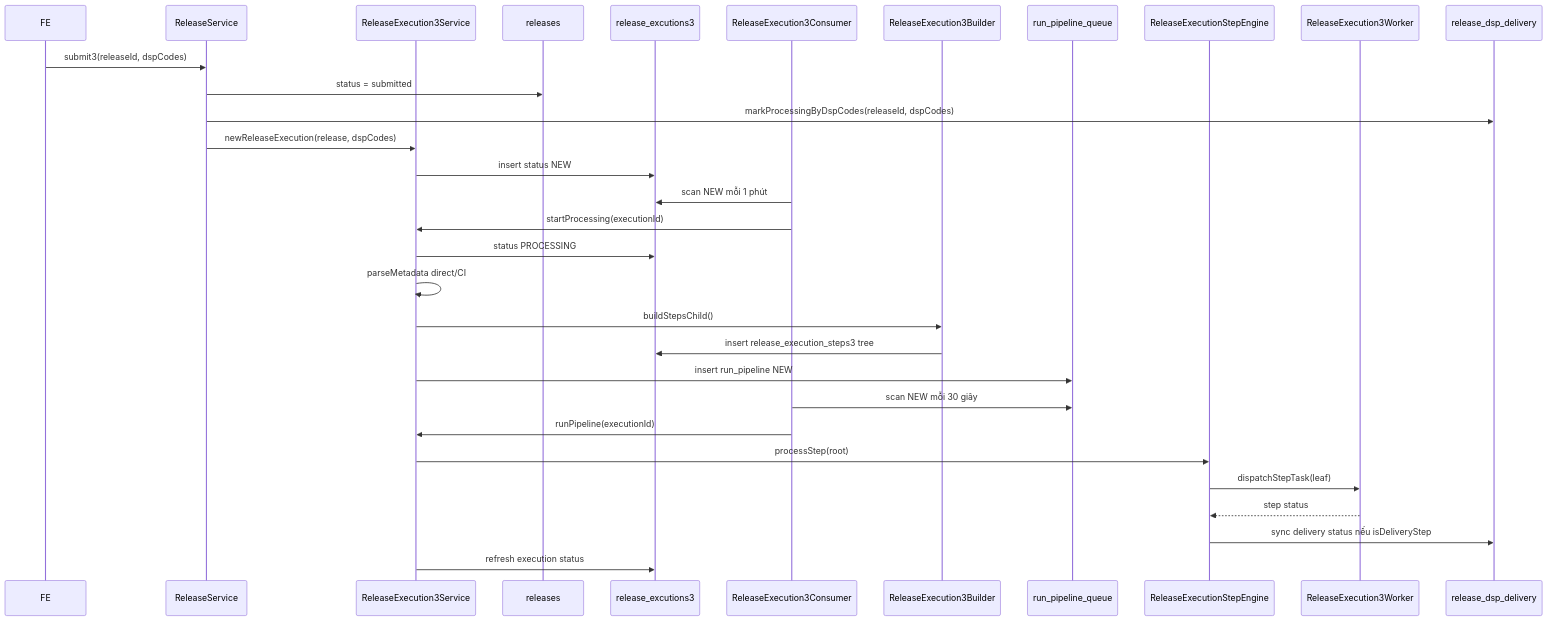
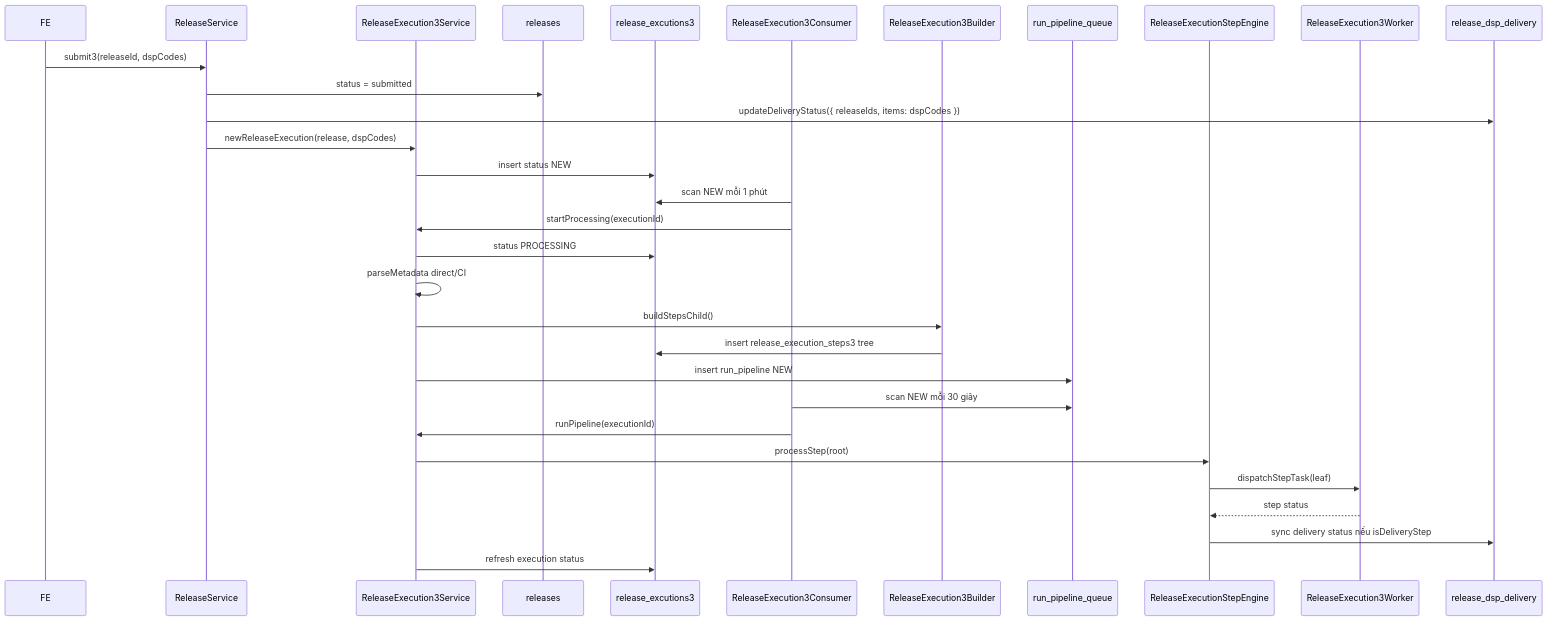
One commit to ant-group-developer/ag-release-server changed the second of 4 diagrams in src/modules/release/modules/release-executions3/release-execution.docs.md. Above: the diagram before and after it, drawn with Mermaid. The commit also changed other lines of this file and 18 other files, not shown here.

````diff
--- a/src/modules/release/modules/release-executions3/release-execution.docs.md
+++ b/src/modules/release/modules/release-executions3/release-execution.docs.md
@@ -75,34 +75,34 @@
 ```mermaid
 sequenceDiagram
   participant FE
   participant ReleaseSvc as ReleaseService
   participant ExecSvc as ReleaseExecution3Service
   participant Release as releases
   participant EQ as release_excutions3
   participant Consumer as ReleaseExecution3Consumer
   participant Builder as ReleaseExecution3Builder
   participant RQ as run_pipeline_queue
   participant Engine as ReleaseExecutionStepEngine
   participant Worker as ReleaseExecution3Worker
   participant Delivery as release_dsp_delivery
 
   FE->>ReleaseSvc: submit3(releaseId, dspCodes)
   ReleaseSvc->>Release: status = submitted
-  ReleaseSvc->>Delivery: markProcessingByDspCodes(releaseId, dspCodes)
+  ReleaseSvc->>Delivery: updateDeliveryStatus({ releaseIds, items: dspCodes })
   ReleaseSvc->>ExecSvc: newReleaseExecution(release, dspCodes)
   ExecSvc->>EQ: insert status NEW
   Consumer->>EQ: scan NEW mỗi 1 phút
   Consumer->>ExecSvc: startProcessing(executionId)
   ExecSvc->>EQ: status PROCESSING
   ExecSvc->>ExecSvc: parseMetadata direct/CI
   ExecSvc->>Builder: buildStepsChild()
   Builder->>EQ: insert release_execution_steps3 tree
   ExecSvc->>RQ: insert run_pipeline NEW
   Consumer->>RQ: scan NEW mỗi 30 giây
   Consumer->>ExecSvc: runPipeline(executionId)
   ExecSvc->>Engine: processStep(root)
   Engine->>Worker: dispatchStepTask(leaf)
   Worker-->>Engine: step status
   Engine->>Delivery: sync delivery status nếu isDeliveryStep
   ExecSvc->>EQ: refresh execution status
 ```
````
